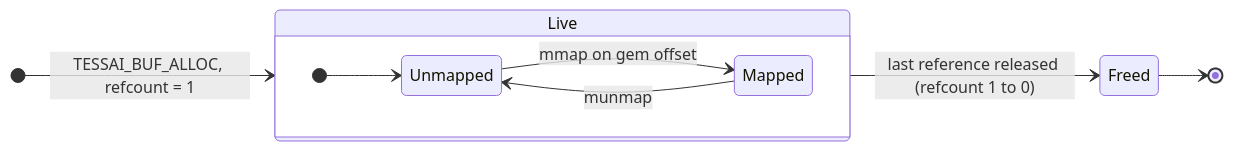
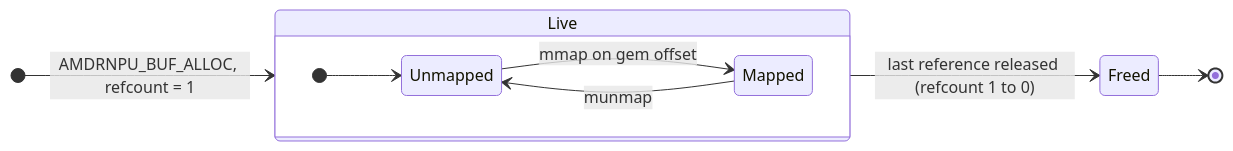
One commit to Xilinx/amdrnpu changed the first of 6 diagrams in docs/buffer-management.md. Above: the diagram before and after it, drawn with Mermaid. The commit also changed other lines of this file and 107 other files, not shown here.

Commit message:
Change all tessai references to amdrnpu

````diff
--- a/docs/buffer-management.md
+++ b/docs/buffer-management.md
@@ -32,16 +32,16 @@
 ```mermaid
 stateDiagram-v2
     direction LR
 
-    [*] --> Live : TESSAI_BUF_ALLOC, refcount = 1
+    [*] --> Live : AMDRNPU_BUF_ALLOC, refcount = 1
 
     state Live {
         direction LR
         [*] --> Unmapped
         Unmapped --> Mapped : mmap on gem offset
         Mapped --> Unmapped : munmap
     }
 
     Live --> Freed : last reference released (refcount 1 to 0)
     Freed --> [*]
 ```
````
